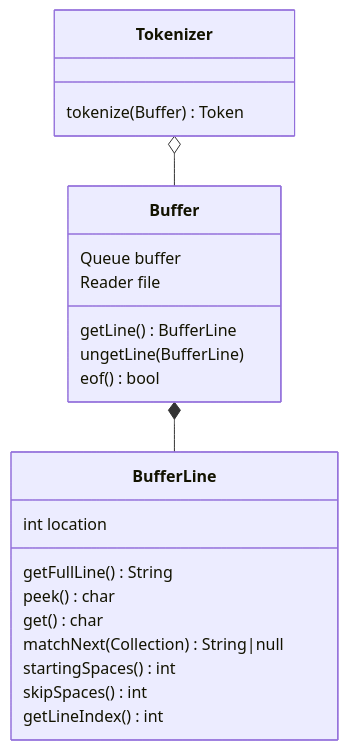
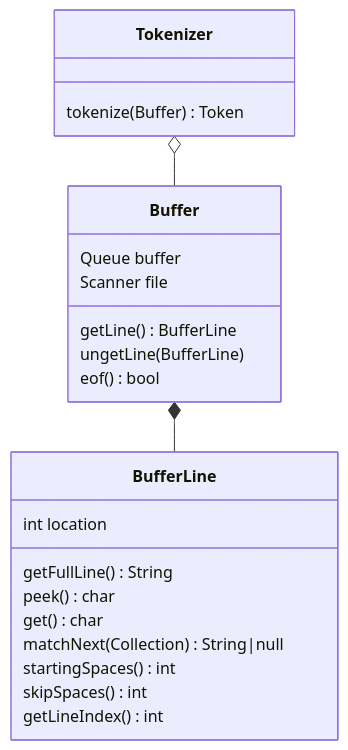
Before and after one commit to Jzhyang1/Monomer: the first of 8 diagrams in Implementation.md, drawn with Mermaid. The commit also changed other lines of this file, not shown here.

````diff
--- a/Implementation.md
+++ b/Implementation.md
@@ -58,22 +58,24 @@
 ```mermaid
 classDiagram
 Tokenizer o-- Buffer
 Buffer *-- BufferLine
 
 Tokenizer: tokenize(Buffer) Token
 
+Buffer
 Buffer: Queue buffer
-Buffer: Reader file
+Buffer: Scanner file
 Buffer: getLine() BufferLine
 Buffer: ungetLine(BufferLine)
 Buffer: eof() bool
+Buf
 
 BufferLine: int location
 BufferLine: getFullLine() String
 BufferLine: peek() char
 BufferLine: get() char
 BufferLine: matchNext(Collection<String>) String|null
 BufferLine: startingSpaces() int
 BufferLine: skipSpaces() int
 BufferLine: getLineIndex() int
 ```
````
